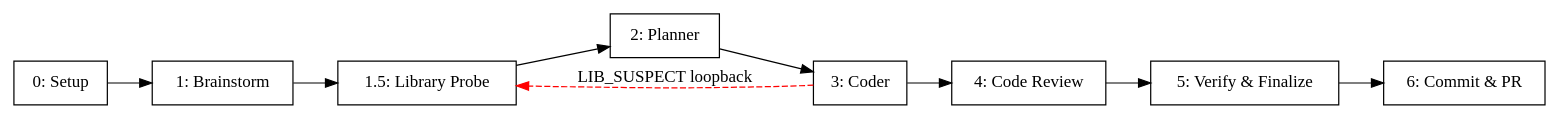
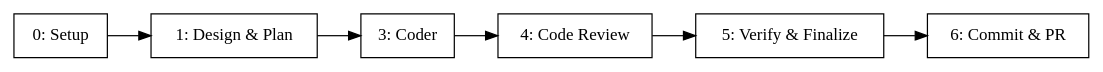
The diagram in skills/orchestrate/SKILL.md (vertexcover-io/harness-engineering), drawn with Graphviz before and after one commit. The commit also changed other lines of this file and 15 other files, not shown here.

First line of the commit message:
refactor(orchestrate): one design-and-plan stage; drop probe wiring and LIB_SUSPECT

````diff
--- a/skills/orchestrate/SKILL.md
+++ b/skills/orchestrate/SKILL.md
@@ -148,14 +136,12 @@
 ```dot
 digraph pipeline {
   rankdir=LR
   node [shape=box]
-  stage_0 [label="0: Setup"]; stage_1 [label="1: Brainstorm"]
-  stage_15 [label="1.5: Library Probe"]
-  stage_2 [label="2: Planner"]; stage_3 [label="3: Coder"]
+  stage_0 [label="0: Setup"]; stage_1 [label="1: Design & Plan"]
+  stage_3 [label="3: Coder"]
   stage_4 [label="4: Code Review"]; stage_5 [label="5: Verify & Finalize"]
   stage_6 [label="6: Commit & PR"]
-  stage_0 -> stage_1 -> stage_15 -> stage_2 -> stage_3
+  stage_0 -> stage_1 -> stage_3
   stage_3 -> stage_4 -> stage_5 -> stage_6
-  stage_3 -> stage_15 [label="LIB_SUSPECT loopback" style=dashed color=red]
 }
 ```
````
